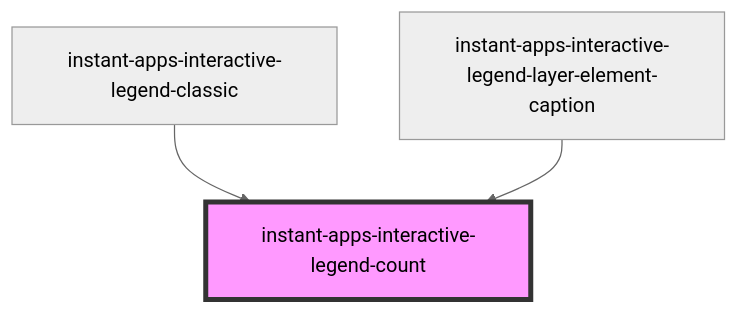
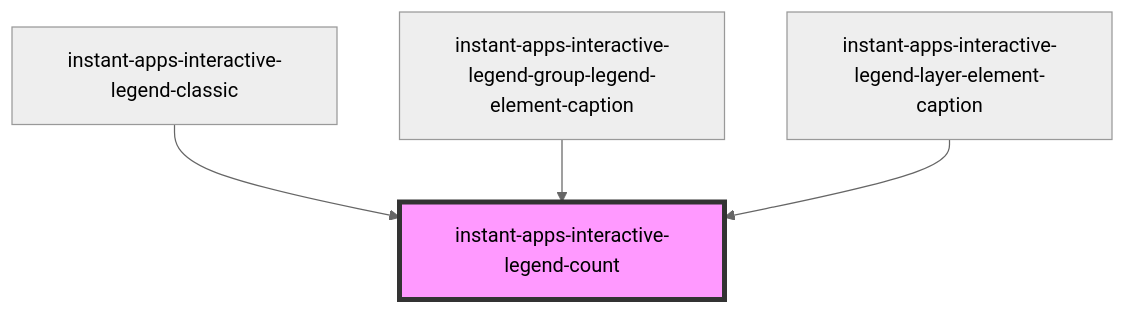
The diagram in src/components/instant-apps-interactive-legend/instant-apps-interactive-legend-count/readme.md (Esri/instant-apps-components), drawn with Mermaid (neutral theme) before and after one commit. The commit also changed other lines of this file and 5 other files, not shown here.

````diff
--- a/src/components/instant-apps-interactive-legend/instant-apps-interactive-legend-count/readme.md
+++ b/src/components/instant-apps-interactive-legend/instant-apps-interactive-legend-count/readme.md
@@ -30,6 +31,7 @@
 ```mermaid
 graph TD;
   instant-apps-interactive-legend-classic --> instant-apps-interactive-legend-count
+  instant-apps-interactive-legend-group-legend-element-caption --> instant-apps-interactive-legend-count
   instant-apps-interactive-legend-layer-element-caption --> instant-apps-interactive-legend-count
   style instant-apps-interactive-legend-count fill:#f9f,stroke:#333,stroke-width:4px
 ```
````
